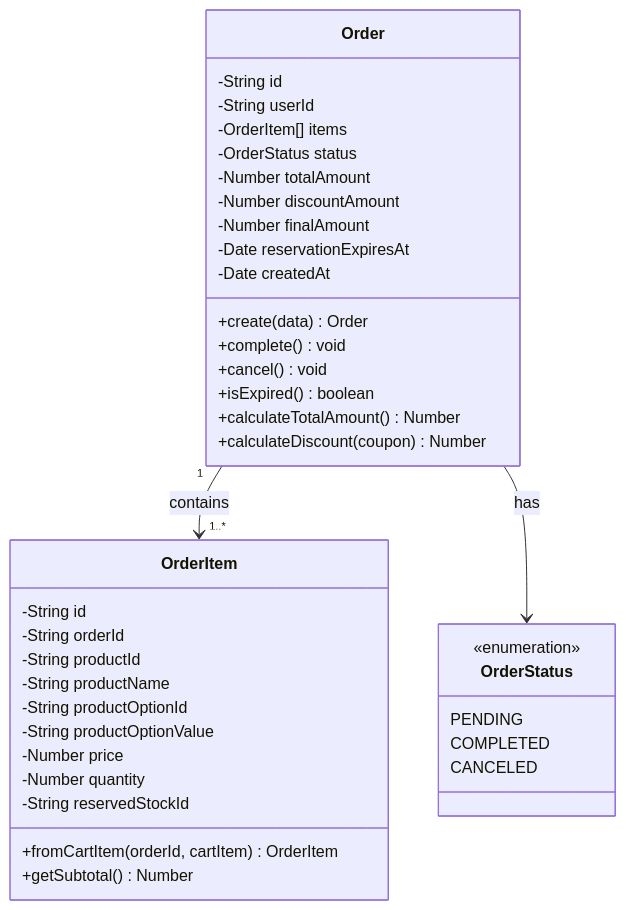
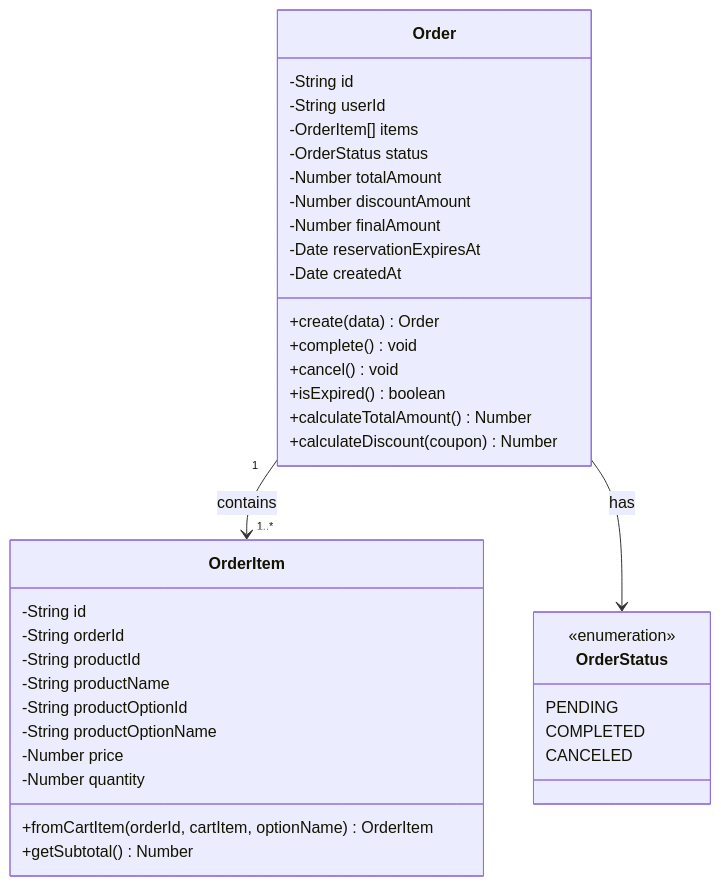
One commit to ywj3493/hhplus-e-commerce changed the fifth of 5 diagrams in docs/dev/dashboard/order/sequence-diagrams.md. Above: the diagram before and after it, drawn with Mermaid. The commit also changed other lines of this file and 1 other file, not shown here.

First line of the commit message:
docs: Order 도메인 데이터 모델 간소화

````diff
--- a/docs/dev/dashboard/order/sequence-diagrams.md
+++ b/docs/dev/dashboard/order/sequence-diagrams.md
@@ -974,44 +992,43 @@
 ```mermaid
 classDiagram
     class Order {
         -String id
         -String userId
         -OrderItem[] items
         -OrderStatus status
         -Number totalAmount
         -Number discountAmount
         -Number finalAmount
         -Date reservationExpiresAt
         -Date createdAt
         +create(data) Order
         +complete() void
         +cancel() void
         +isExpired() boolean
         +calculateTotalAmount() Number
         +calculateDiscount(coupon) Number
     }
 
     class OrderItem {
         -String id
         -String orderId
         -String productId
         -String productName
         -String productOptionId
-        -String productOptionValue
+        -String productOptionName
         -Number price
         -Number quantity
-        -String reservedStockId
-        +fromCartItem(orderId, cartItem) OrderItem
+        +fromCartItem(orderId, cartItem, optionName) OrderItem
         +getSubtotal() Number
     }
 
     class OrderStatus {
         <<enumeration>>
         PENDING
         COMPLETED
         CANCELED
     }
 
     Order "1" --> "1..*" OrderItem : contains
     Order --> OrderStatus : has
 ```
````
